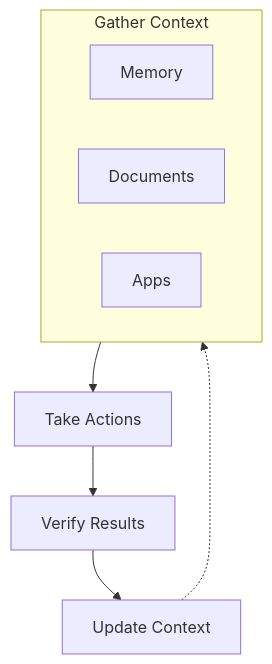
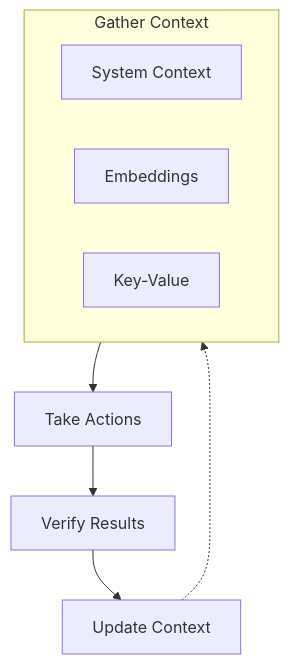
Before and after one commit to synerops/osprotocol: the diagram in apps/web/content/docs/context/index.mdx, drawn with Mermaid. The commit also changed other lines of this file and 6 other files, not shown here.

````diff
--- a/apps/web/content/docs/context/index.mdx
+++ b/apps/web/content/docs/context/index.mdx
@@ -26,13 +24,13 @@
 ```mermaid
 flowchart TD
     subgraph Context["Gather Context"]
-        Memory
-        Docs[Documents]
-        Apps
+        SC[System Context]
+        Emb[Embeddings]
+        KV[Key-Value]
     end
 
     Context --> Actions[Take Actions]
     Actions --> Verify[Verify Results]
     Verify --> Update[Update Context]
     Update -.-> Context
 ```
````
